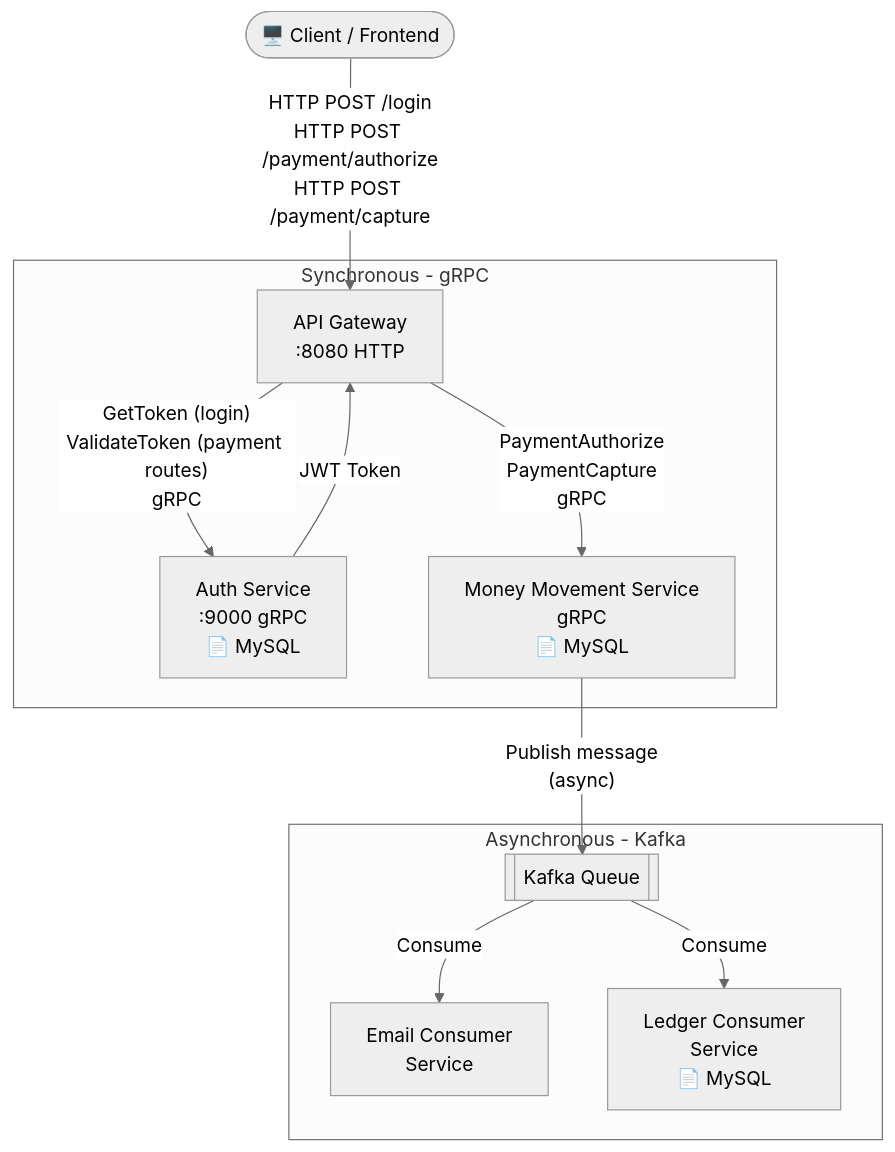
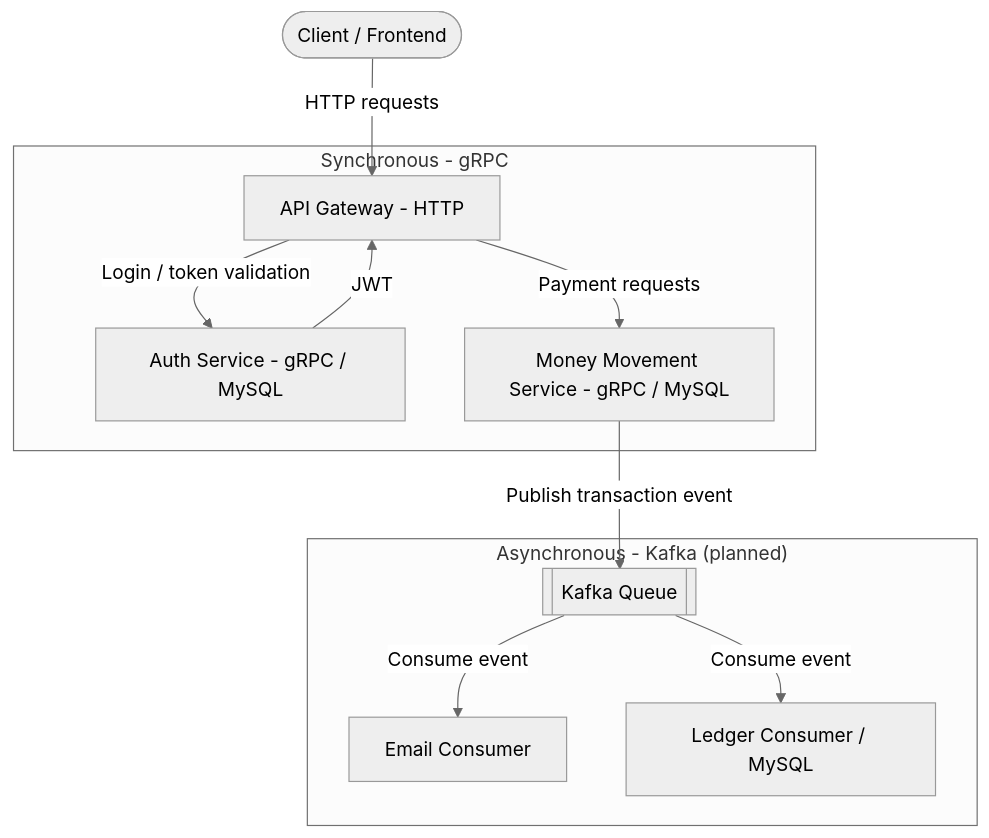
The diagram in README.md (a1danw/payment-gateway), drawn with Mermaid (neutral theme) before and after one commit. The commit also changed other lines of this file and 10 other files, not shown here.

````diff
--- a/README.md
+++ b/README.md
@@ -14,28 +22,24 @@
 ```mermaid
 flowchart TD
-    Client(["🖥️ Client / Frontend"])
+    Client([Client / Frontend])
 
-    subgraph Synchronous ["Synchronous - gRPC"]
-        Gateway["API Gateway\n:8080 HTTP"]
-        Auth["Auth Service\n:9000 gRPC\n📄 MySQL"]
-        MM["Money Movement Service\ngRPC\n📄 MySQL"]
+    subgraph Synchronous["Synchronous - gRPC"]
+        Gateway["API Gateway - HTTP"]
+        Auth["Auth Service - gRPC / MySQL"]
+        MM["Money Movement Service - gRPC / MySQL"]
     end
 
-    subgraph Asynchronous ["Asynchronous - Kafka"]
-        Kafka[["Kafka Queue"]]
-        Email["Email Consumer\nService"]
-        Ledger["Ledger Consumer\nService\n📄 MySQL"]
+    subgraph Asynchronous["Asynchronous - Kafka (planned)"]
+        Kafka[[Kafka Queue]]
+        Email[Email Consumer]
+        Ledger["Ledger Consumer / MySQL"]
     end
 
-    Client -->|"HTTP POST /login\nHTTP POST /payment/authorize\nHTTP POST /payment/capture"| Gateway
-
-    Gateway -->|"GetToken (login)\nValidateToken (payment routes)\ngRPC"| Auth
-    Auth -->|JWT Token| Gateway
-
-    Gateway -->|"PaymentAuthorize\nPaymentCapture\ngRPC"| MM
-
-    MM -->|"Publish message\n(async)"| Kafka
-
-    Kafka -->|"Consume"| Email
-    Kafka -->|"Consume"| Ledger
+    Client -->|HTTP requests| Gateway
+    Gateway -->|Login / token validation| Auth
+    Auth -->|JWT| Gateway
+    Gateway -->|Payment requests| MM
+    MM -->|Publish transaction event| Kafka
+    Kafka -->|Consume event| Email
+    Kafka -->|Consume event| Ledger
 ```
````
